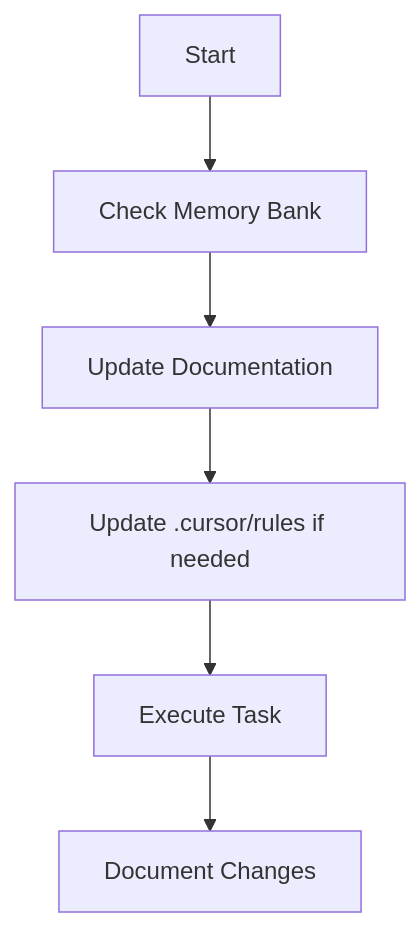
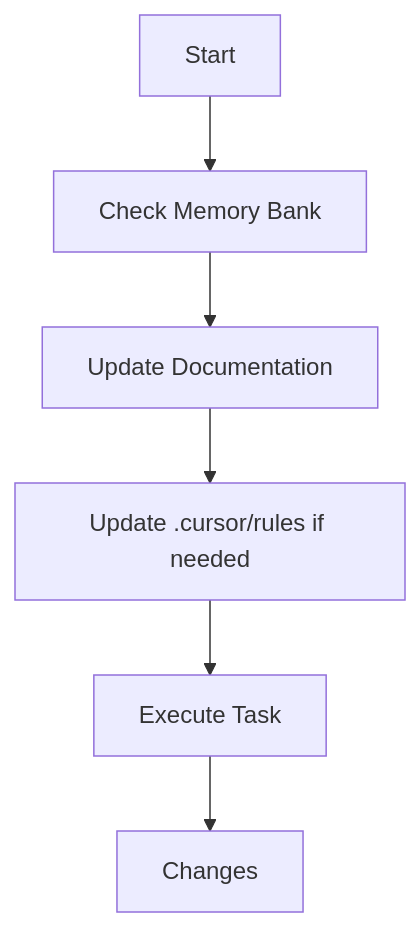
One commit to CHORUS-TRE/chorus-web-ui changed the third of 5 diagrams in .cursor/rules/memory-bank.mdc. Above: the diagram before and after it, drawn with Mermaid. The commit also changed other lines of this file and 2 other files, not shown here.

Commit message:
docs: update memory bank with learned patterns from role management and authentication architecture, including insights on client-side state management and development workflows

````diff
--- a/.cursor/rules/memory-bank.mdc
+++ b/.cursor/rules/memory-bank.mdc
@@ -94,8 +94,8 @@
 ```mermaid
 flowchart TD
     Start[Start] --> Context[Check Memory Bank]
     Context --> Update[Update Documentation]
     Update --> Rules[Update .cursor/rules if needed]
     Rules --> Execute[Execute Task]
-    Execute --> Document[Document Changes]
+    Execute --> Document[Changes]
 ```
````
